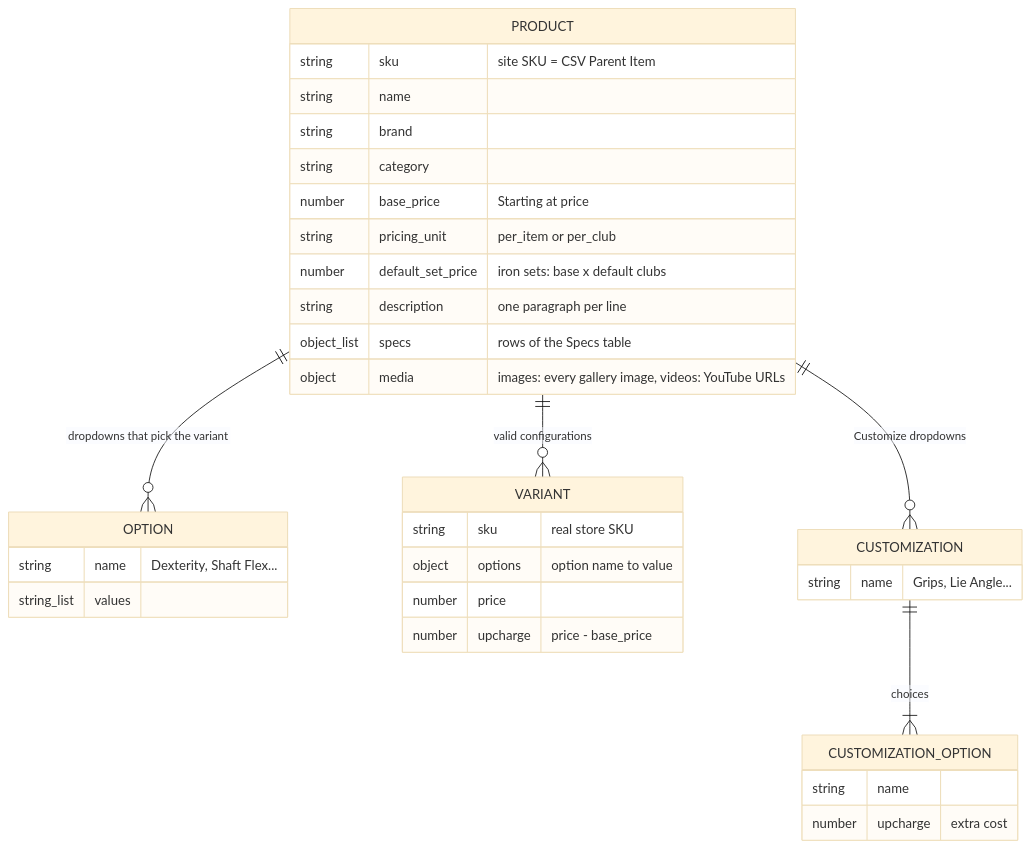
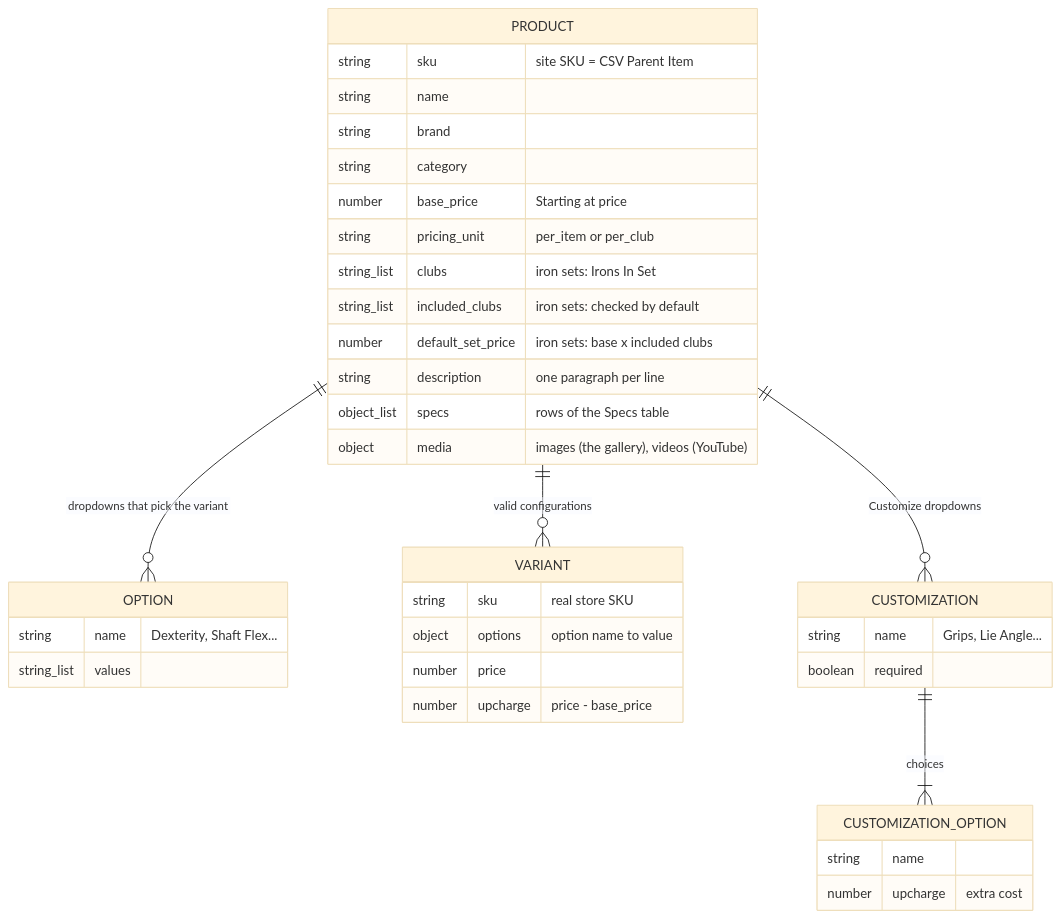
One commit to RLFreddy/retail-acquisition-engine changed the first of 4 diagrams in DOCUMENTATION.md. Above: the diagram before and after it, drawn with Mermaid (base theme). The commit also changed other lines of this file and 5 other files, not shown here.

````diff
--- a/DOCUMENTATION.md
+++ b/DOCUMENTATION.md
@@ -20,36 +20,39 @@
 ```mermaid
 erDiagram
     PRODUCT ||--o{ OPTION : "dropdowns that pick the variant"
     PRODUCT ||--o{ VARIANT : "valid configurations"
     PRODUCT ||--o{ CUSTOMIZATION : "Customize dropdowns"
     CUSTOMIZATION ||--|{ CUSTOMIZATION_OPTION : "choices"
     PRODUCT {
         string sku "site SKU = CSV Parent Item"
         string name
         string brand
         string category
         number base_price "Starting at price"
         string pricing_unit "per_item or per_club"
-        number default_set_price "iron sets: base x default clubs"
+        string_list clubs "iron sets: Irons In Set"
+        string_list included_clubs "iron sets: checked by default"
+        number default_set_price "iron sets: base x included clubs"
         string description "one paragraph per line"
         object_list specs "rows of the Specs table"
-        object media "images: every gallery image, videos: YouTube URLs"
+        object media "images (the gallery), videos (YouTube)"
     }
     OPTION {
         string name "Dexterity, Shaft Flex..."
         string_list values
     }
     VARIANT {
         string sku "real store SKU"
         object options "option name to value"
         number price
         number upcharge "price - base_price"
     }
     CUSTOMIZATION {
         string name "Grips, Lie Angle..."
+        boolean required
     }
     CUSTOMIZATION_OPTION {
         string name
         number upcharge "extra cost"
     }
 ```
````
